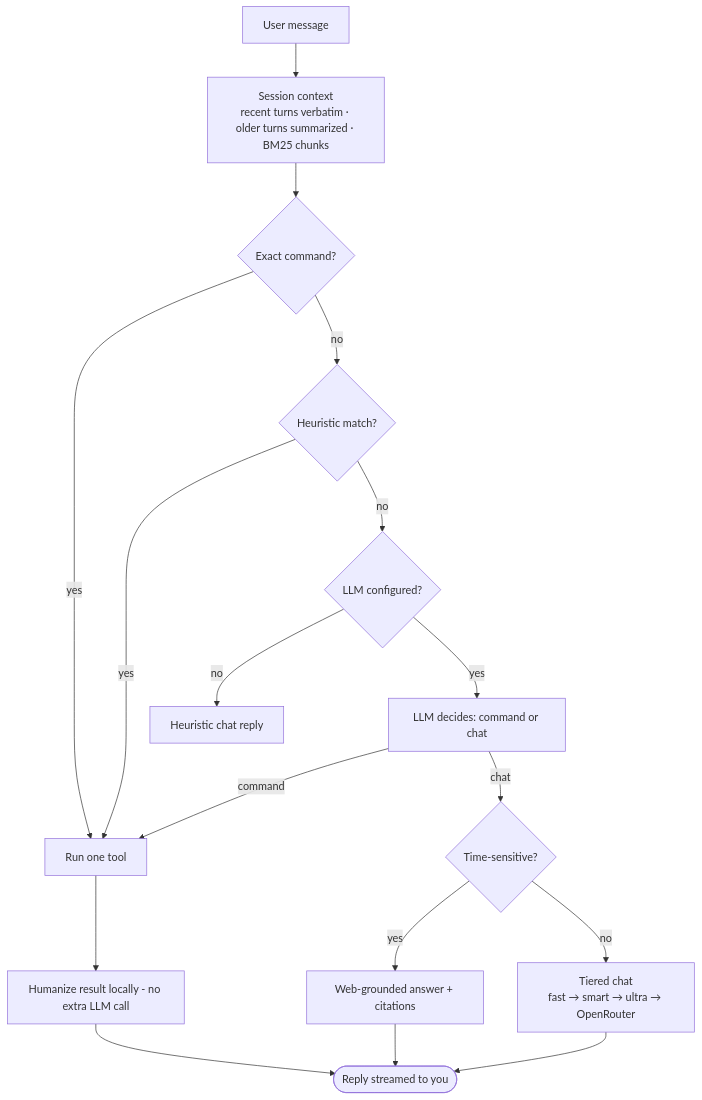
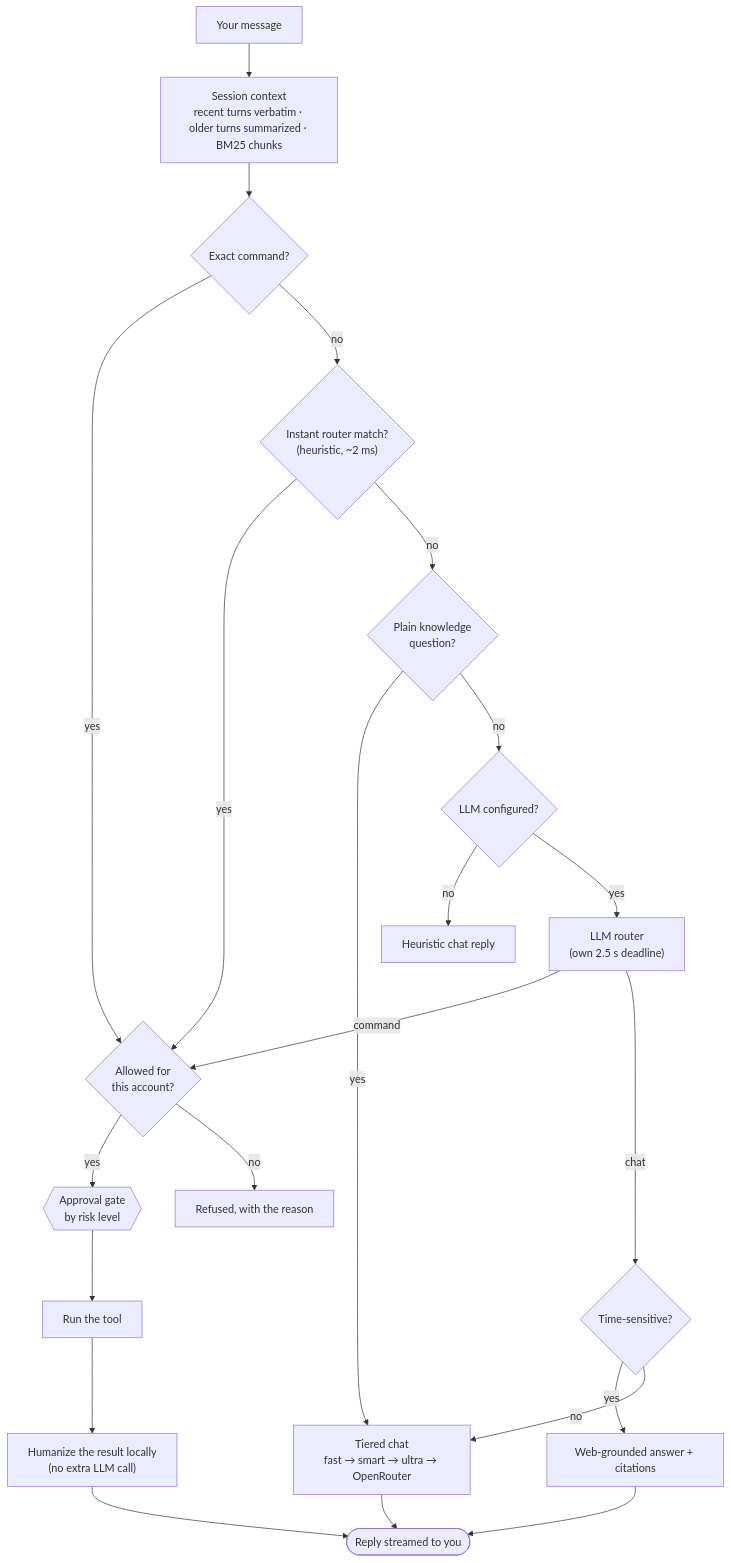
One commit to JeevanReddy0828/Personal-AI-Agent-Assistant changed the second of 8 diagrams in README.md. Above: the diagram before and after it, drawn with Mermaid. The commit also changed other lines of this file and 7 other files, not shown here.

First line of the commit message:
README: everything built so far, with screenshots and flow charts

````diff
--- a/README.md
+++ b/README.md
@@ -47,19 +100,24 @@
 ```mermaid
 flowchart TD
-  A[User message] --> CTX["Session context<br/>recent turns verbatim · older turns summarized · BM25 chunks"]
-  CTX --> B{Exact command?}
-  B -->|yes| RUN[Run one tool]
-  B -->|no| C{Heuristic match?}
-  C -->|yes| RUN
-  C -->|no| D{LLM configured?}
+  A[Your message] --> CTX["Session context<br/>recent turns verbatim · older turns summarized · BM25 chunks"]
+  CTX --> B{"Exact command?"}
+  B -->|yes| LIM{"Allowed for<br/>this account?"}
+  B -->|no| C{"Instant router match?<br/>(heuristic, ~2 ms)"}
+  C -->|yes| LIM
+  C -->|no| Q{"Plain knowledge<br/>question?"}
+  Q -->|yes| G
+  Q -->|no| D{LLM configured?}
   D -->|no| H0[Heuristic chat reply]
-  D -->|yes| E["LLM decides: command or chat"]
-  E -->|command| RUN
+  D -->|yes| E["LLM router<br/>(own 2.5 s deadline)"]
+  E -->|command| LIM
   E -->|chat| F{Time-sensitive?}
+  LIM -->|yes| GATE{{"Approval gate<br/>by risk level"}}
+  LIM -->|no| REF[Refused, with the reason]
+  GATE --> RUN[Run the tool]
+  RUN --> HUM["Humanize the result locally<br/>(no extra LLM call)"]
   F -->|yes| WEB[Web-grounded answer + citations]
   F -->|no| G["Tiered chat<br/>fast → smart → ultra → OpenRouter"]
-  RUN --> HUM[Humanize result locally - no extra LLM call]
   HUM --> OUT([Reply streamed to you])
   WEB --> OUT
   G --> OUT
 ```
````
